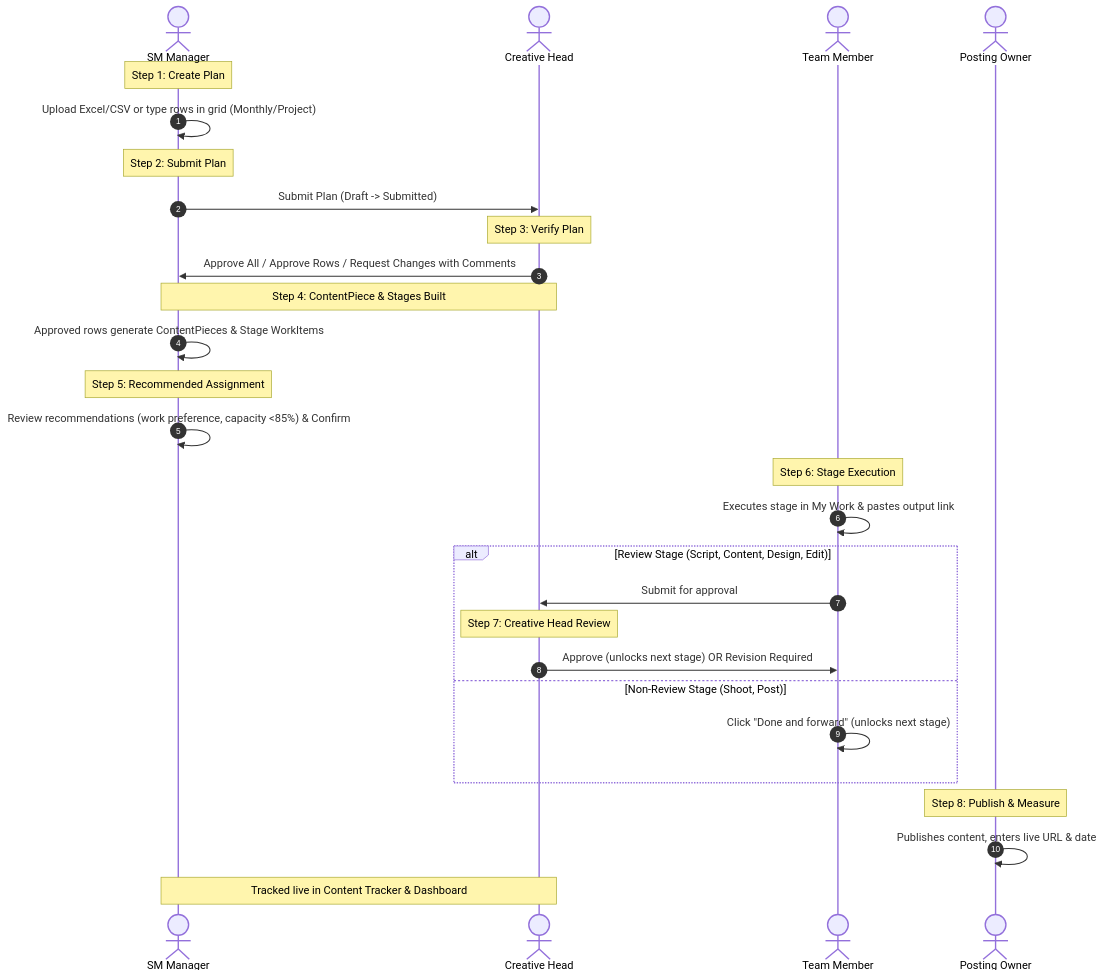
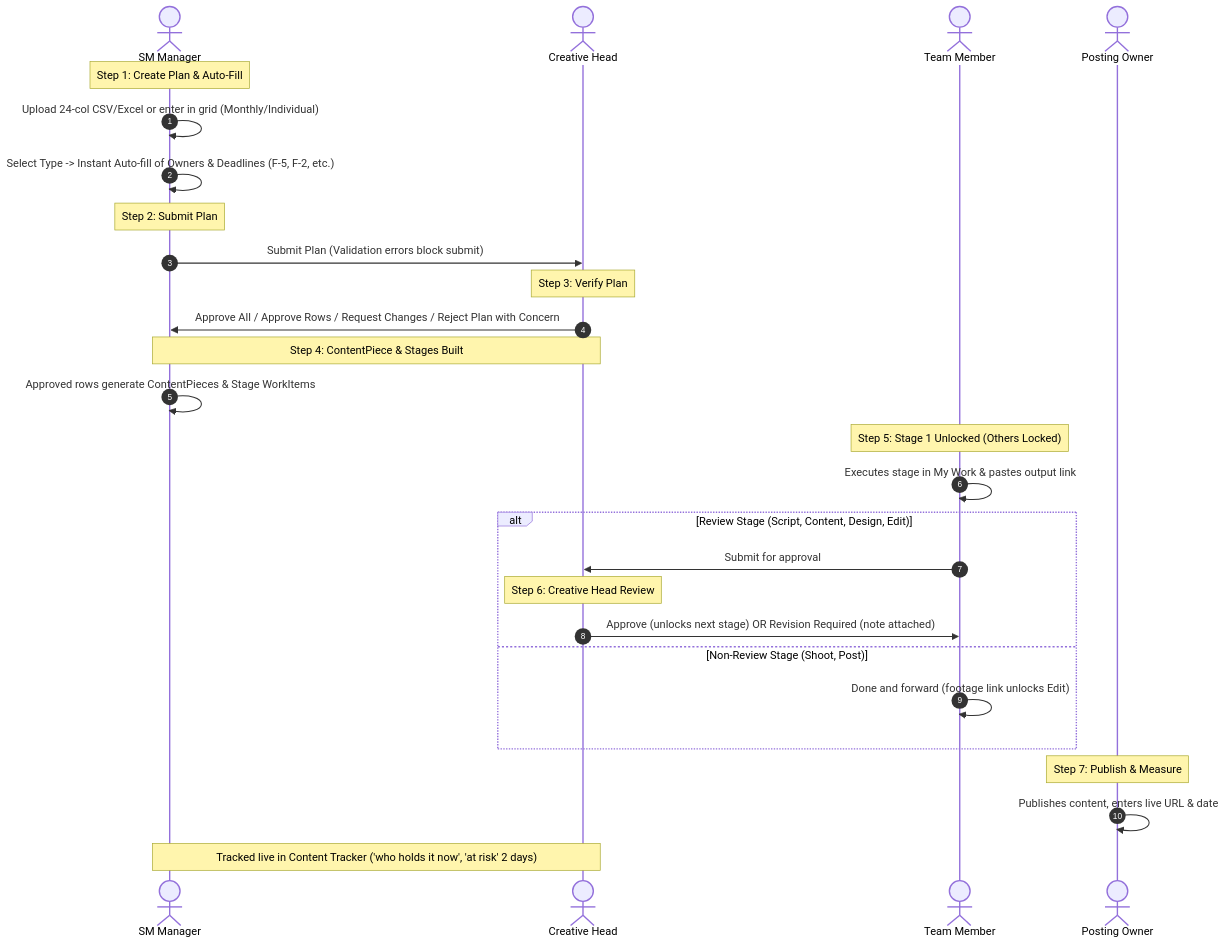
Before and after one commit to mubashirofcl/haca-forge: the second of 2 diagrams in docs/SCOPE_RESET.md, drawn with Mermaid. The commit also changed other lines of this file and 251 other files, not shown here.

````diff
--- a/docs/SCOPE_RESET.md
+++ b/docs/SCOPE_RESET.md
@@ -129,31 +132,30 @@
 ```mermaid
 sequenceDiagram
     autonumber
     actor SMM as SM Manager
     actor CH as Creative Head
     actor Worker as Team Member
     actor Publisher as Posting Owner
     
-    Note over SMM: Step 1: Create Plan
-    SMM->>SMM: Upload Excel/CSV or type rows in grid (Monthly/Project)
+    Note over SMM: Step 1: Create Plan & Auto-Fill
+    SMM->>SMM: Upload 24-col CSV/Excel or enter in grid (Monthly/Individual)
+    SMM->>SMM: Select Type -> Instant Auto-fill of Owners & Deadlines (F-5, F-2, etc.)
     Note over SMM: Step 2: Submit Plan
-    SMM->>CH: Submit Plan (Draft -> Submitted)
+    SMM->>CH: Submit Plan (Validation errors block submit)
     Note over CH: Step 3: Verify Plan
-    CH->>SMM: Approve All / Approve Rows / Request Changes with Comments
+    CH->>SMM: Approve All / Approve Rows / Request Changes / Reject Plan with Concern
     Note over SMM,CH: Step 4: ContentPiece & Stages Built
     SMM->>SMM: Approved rows generate ContentPieces & Stage WorkItems
-    Note over SMM: Step 5: Recommended Assignment
-    SMM->>SMM: Review recommendations (work preference, capacity <85%) & Confirm
-    Note over Worker: Step 6: Stage Execution
+    Note over Worker: Step 5: Stage 1 Unlocked (Others Locked)
     Worker->>Worker: Executes stage in My Work & pastes output link
     alt Review Stage (Script, Content, Design, Edit)
         Worker->>CH: Submit for approval
-        Note over CH: Step 7: Creative Head Review
-        CH->>Worker: Approve (unlocks next stage) OR Revision Required
+        Note over CH: Step 6: Creative Head Review
+        CH->>Worker: Approve (unlocks next stage) OR Revision Required (note attached)
     else Non-Review Stage (Shoot, Post)
-        Worker->>Worker: Click "Done and forward" (unlocks next stage)
+        Worker->>Worker: Done and forward (footage link unlocks Edit)
     end
-    Note over Publisher: Step 8: Publish & Measure
+    Note over Publisher: Step 7: Publish & Measure
     Publisher->>Publisher: Publishes content, enters live URL & date
-    Note over SMM,CH: Tracked live in Content Tracker & Dashboard
+    Note over SMM,CH: Tracked live in Content Tracker ('who holds it now', 'at risk' 2 days)
 ```
````
